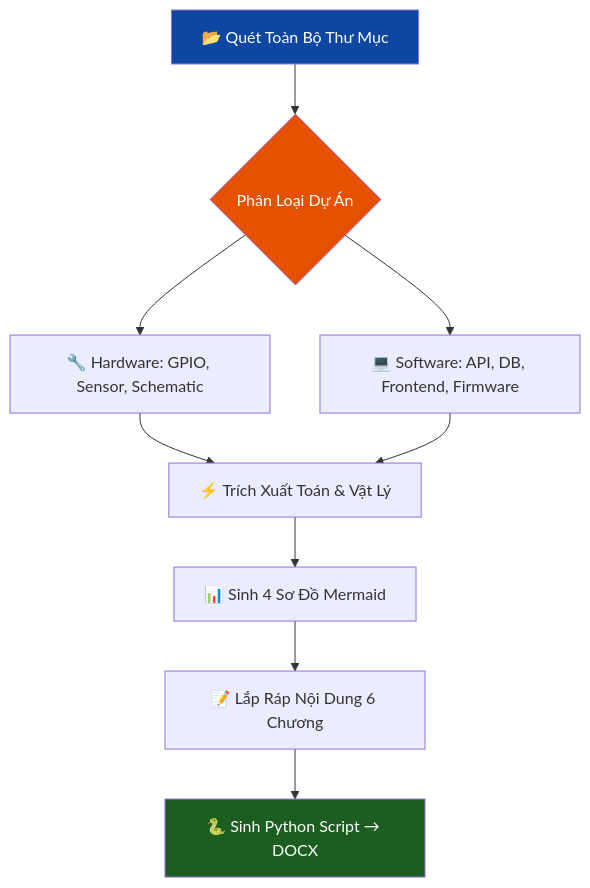
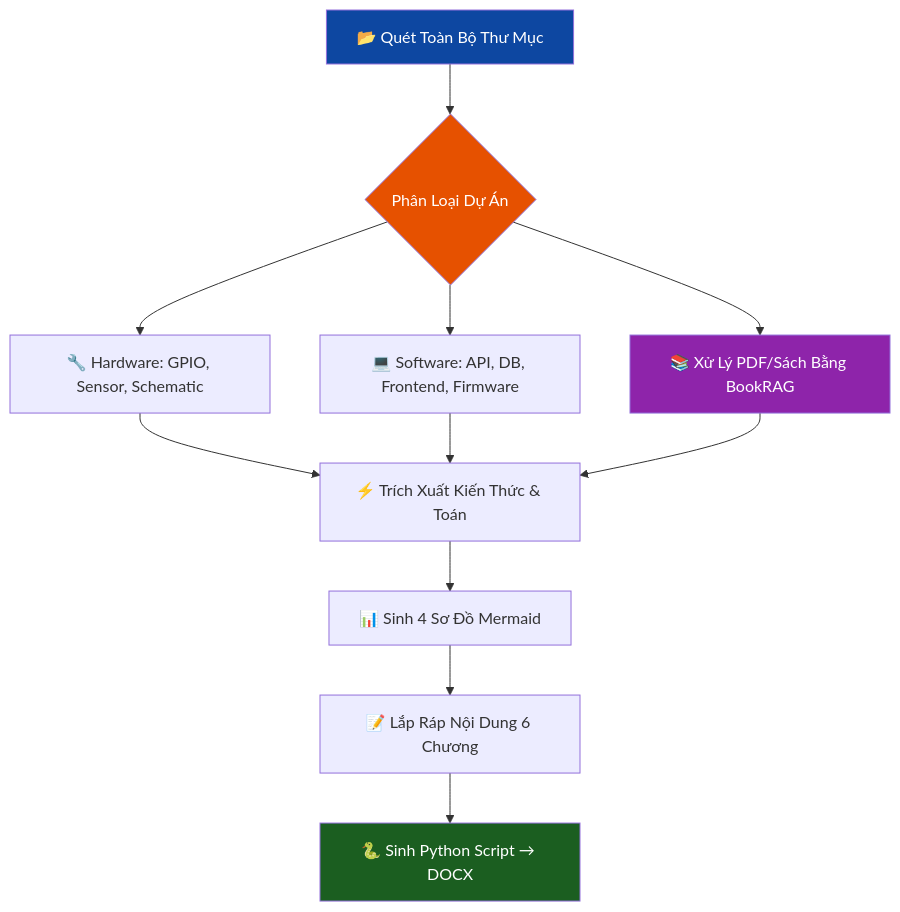
The diagram in .gemini/skills/skill_nghien_cuu_bao_cao.md (newbie1920/premium-ui-design-skill), drawn with Mermaid before and after one commit. The commit also changed other lines of this file and 3 other files, not shown here.

Commit message:
Update skills and add BookRAG documentation

````diff
--- a/.gemini/skills/skill_nghien_cuu_bao_cao.md
+++ b/.gemini/skills/skill_nghien_cuu_bao_cao.md
@@ -108,15 +108,18 @@
 ```mermaid
 flowchart TD
     A[📂 Quét Toàn Bộ Thư Mục] --> B{Phân Loại Dự Án}
     B --> C[🔧 Hardware: GPIO, Sensor, Schematic]
     B --> D[💻 Software: API, DB, Frontend, Firmware]
-    C --> E[⚡ Trích Xuất Toán & Vật Lý]
+    B --> RAG[📚 Xử Lý PDF/Sách Bằng BookRAG]
+    C --> E[⚡ Trích Xuất Kiến Thức & Toán]
     D --> E
+    RAG --> E
     E --> F[📊 Sinh 4 Sơ Đồ Mermaid]
     F --> G[📝 Lắp Ráp Nội Dung 6 Chương]
     G --> H[🐍 Sinh Python Script → DOCX]
     
     style H fill:#1b5e20,color:#fff
     style A fill:#0d47a1,color:#fff
     style B fill:#e65100,color:#fff
+    style RAG fill:#8e24aa,color:#fff
 ```
````
